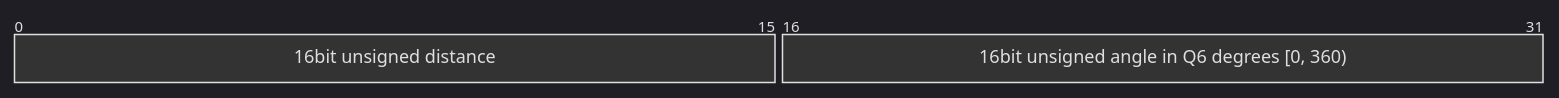
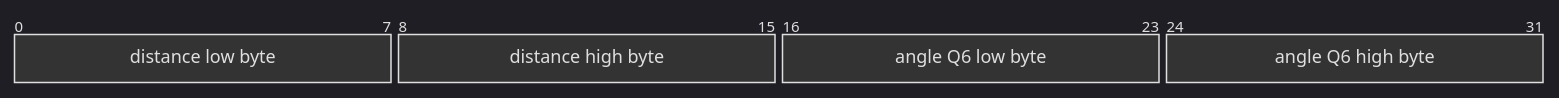
Before and after one commit to kei185/sensor-echo: the second of 2 diagrams in docs/frame.md, drawn with Mermaid. The commit also changed other lines of this file, not shown here.

Commit message:
docs: specify LiDAR point byte order

````diff
--- a/docs/frame.md
+++ b/docs/frame.md
@@ -90,7 +92,9 @@
 ```mermaid
 %%{init: {'theme': 'dark'}}%%
 
 packet
-+16: "16bit unsigned distance"
-+16: "16bit unsigned angle in Q6 degrees [0, 360)"
++8: "distance low byte"
++8: "distance high byte"
++8: "angle Q6 low byte"
++8: "angle Q6 high byte"
 ```
````
